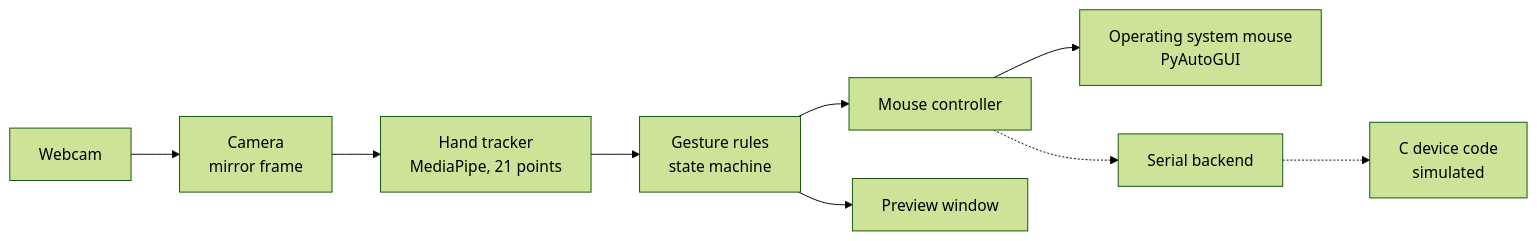
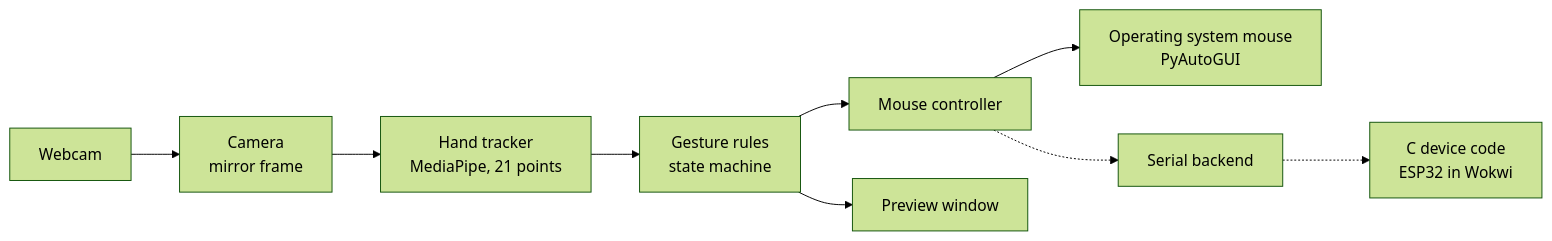
The diagram in README.md (khoahonguyen0210/AI_Gesture_Control), drawn with Mermaid (forest theme) before and after one commit. The commit also changed other lines of this file and 25 other files, not shown here.

````diff
--- a/README.md
+++ b/README.md
@@ -52,11 +59,11 @@
 ```mermaid
 flowchart LR
     W[Webcam] --> C[Camera<br/>mirror frame]
     C --> T[Hand tracker<br/>MediaPipe, 21 points]
     T --> R[Gesture rules<br/>state machine]
     R --> M[Mouse controller]
     M --> O[Operating system mouse<br/>PyAutoGUI]
     R --> P[Preview window]
     M -.-> S[Serial backend]
-    S -.-> D[C device code<br/>simulated]
+    S -.-> D[C device code<br/>ESP32 in Wokwi]
 ```
````
